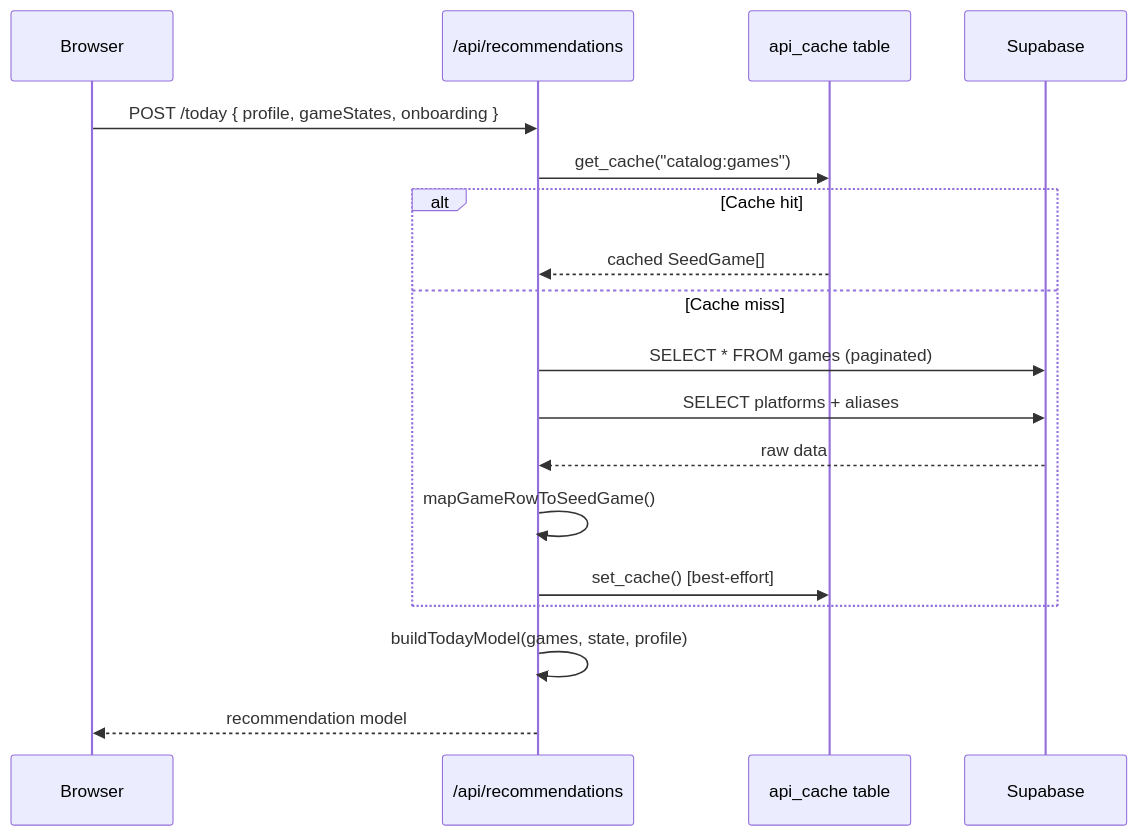
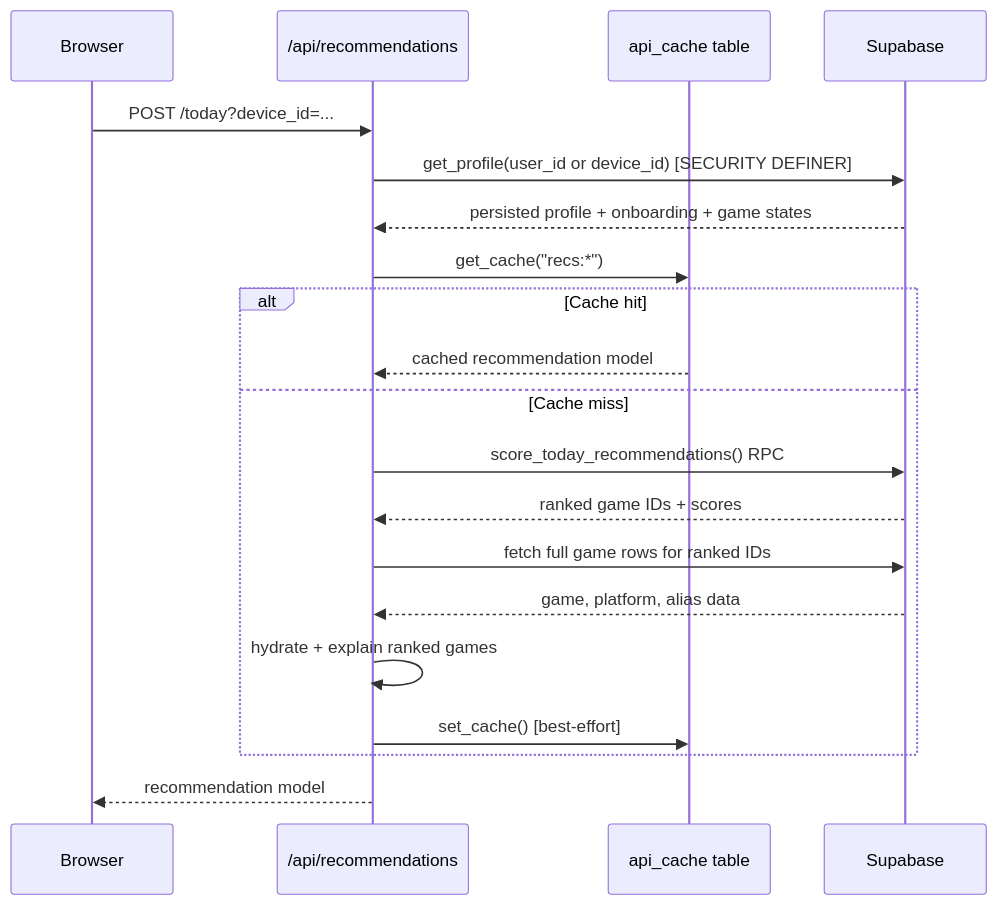
One commit to carloseav15/playfit changed the third of 3 diagrams in docs/ARCHITECTURE.md. Above: the diagram before and after it, drawn with Mermaid. The commit also changed other lines of this file and 6 other files, not shown here.

````diff
--- a/docs/ARCHITECTURE.md
+++ b/docs/ARCHITECTURE.md
@@ -88,21 +88,23 @@
 ```mermaid
 sequenceDiagram
     participant Browser
     participant API as /api/recommendations
     participant Cache as api_cache table
     participant DB as Supabase
 
-    Browser->>API: POST /today { profile, gameStates, onboarding }
-    API->>Cache: get_cache("catalog:games")
+    Browser->>API: POST /today?device_id=...
+    API->>DB: get_profile(user_id or device_id) [SECURITY DEFINER]
+    DB-->>API: persisted profile + onboarding + game states
+    API->>Cache: get_cache("recs:*")
     alt Cache hit
-        Cache-->>API: cached SeedGame[]
+        Cache-->>API: cached recommendation model
     else Cache miss
-        API->>DB: SELECT * FROM games (paginated)
-        API->>DB: SELECT platforms + aliases
-        DB-->>API: raw data
-        API->>API: mapGameRowToSeedGame()
+        API->>DB: score_today_recommendations() RPC
+        DB-->>API: ranked game IDs + scores
+        API->>DB: fetch full game rows for ranked IDs
+        DB-->>API: game, platform, alias data
+        API->>API: hydrate + explain ranked games
         API->>Cache: set_cache() [best-effort]
     end
-    API->>API: buildTodayModel(games, state, profile)
     API-->>Browser: recommendation model
 ```
````
